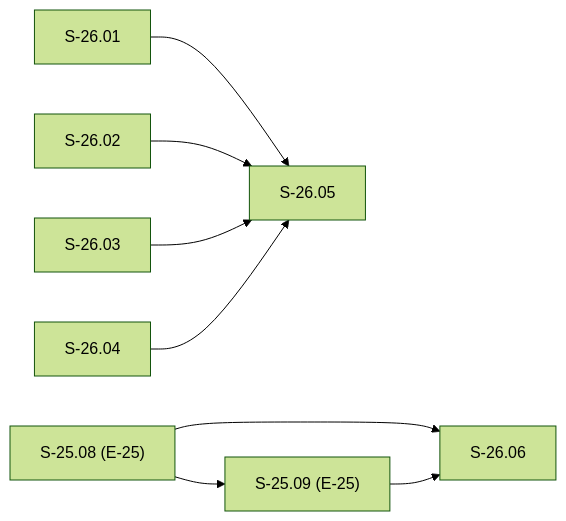
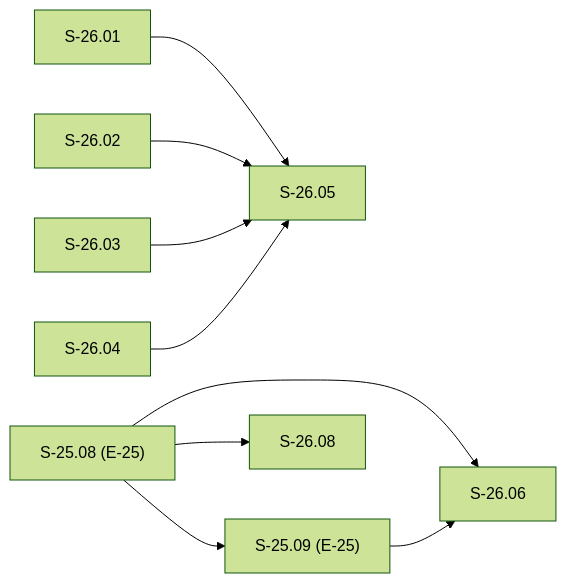
Before and after one commit to BOHICA-LABS/vsdd-factory: the diagram in stories/epics/E-26-post-rc25-hook-hardening.md, drawn with Mermaid (forest theme). The commit also changed other lines of this file and 31 other files, not shown here.

````diff
--- a/stories/epics/E-26-post-rc25-hook-hardening.md
+++ b/stories/epics/E-26-post-rc25-hook-hardening.md
@@ -233,10 +236,11 @@
 ```mermaid
 graph LR
   S-26.01 --> S-26.05
   S-26.02 --> S-26.05
   S-26.03 --> S-26.05
   S-26.04 --> S-26.05
   S-25.08["S-25.08 (E-25)"] --> S-25.09["S-25.09 (E-25)"]
   S-25.08 --> S-26.06
+  S-25.08 --> S-26.08
   S-25.09 --> S-26.06
 ```
````
